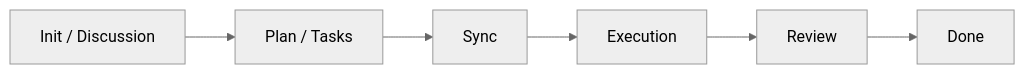
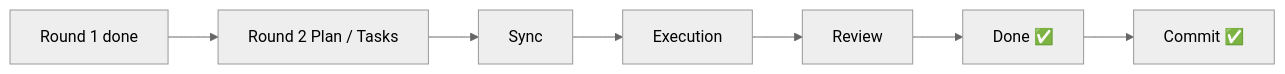
One commit to 2tsoftwareapp/super-template changed the second of 2 diagrams in .agents/sessions/Task-3-Task-2-feature-06-notifications/OVERVIEW.md. Above: the diagram before and after it, drawn with Mermaid (neutral theme). The commit also changed other lines of this file and 32 other files, not shown here.

````diff
--- a/.agents/sessions/Task-3-Task-2-feature-06-notifications/OVERVIEW.md
+++ b/.agents/sessions/Task-3-Task-2-feature-06-notifications/OVERVIEW.md
@@ -27,8 +27,9 @@
 ```mermaid
 flowchart LR
-  A[Init / Discussion] --> B[Plan / Tasks]
+  A[Round 1 done] --> B[Round 2 Plan / Tasks]
   B --> C[Sync]
   C --> D[Execution]
   D --> E[Review]
-  E --> F[Done]
+  E --> F[Done ✅]
+  F --> G[Commit ✅]
 ```
````
